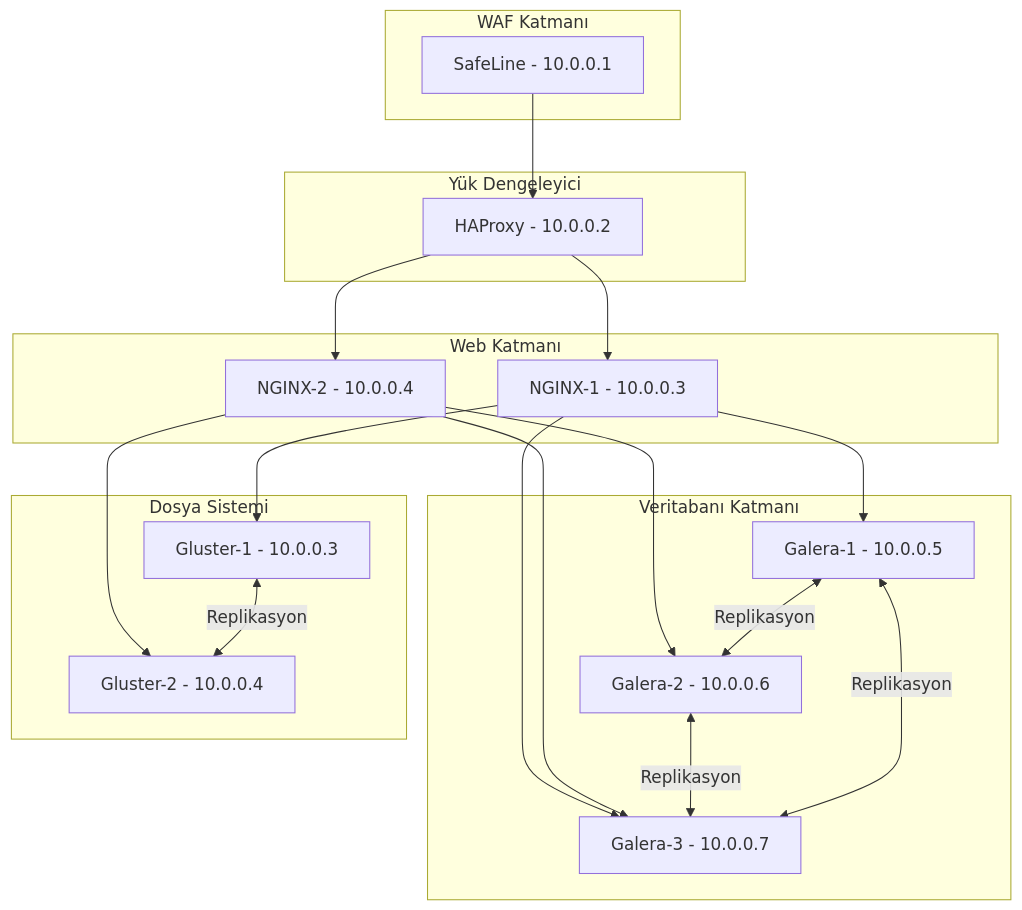
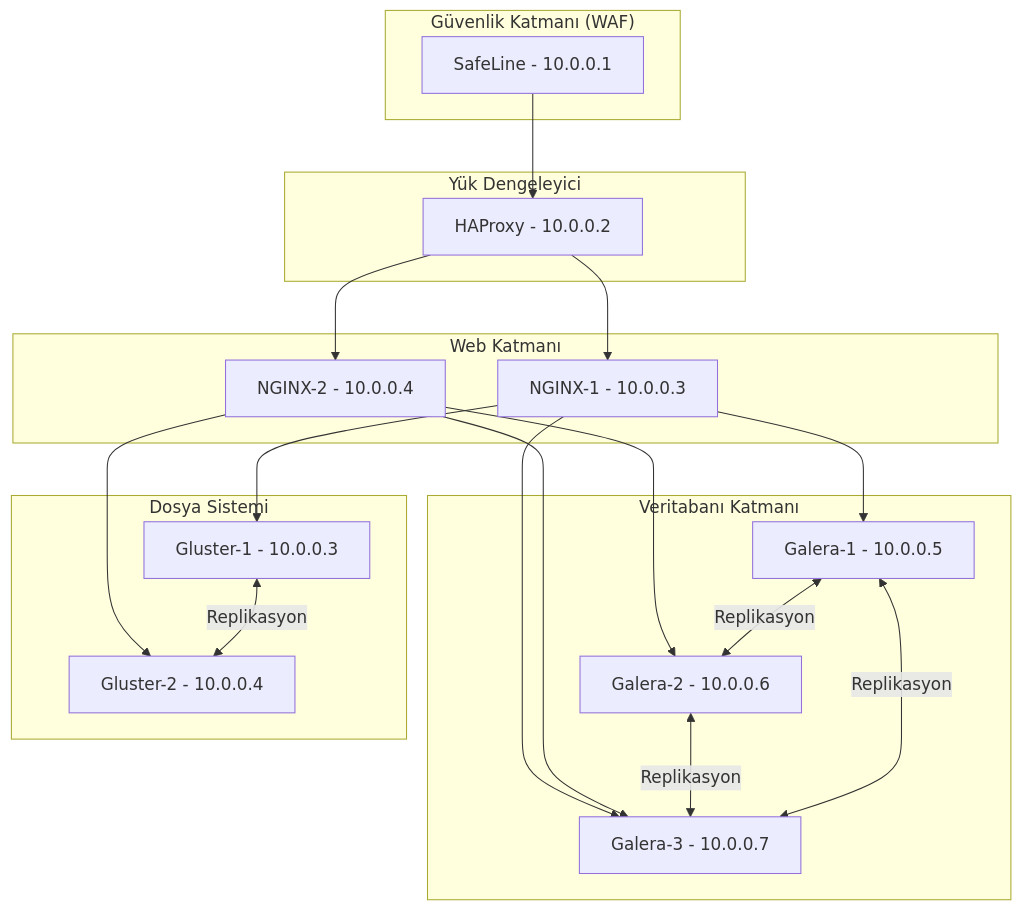
Before and after one commit to ugurcomptech/HA-Web-Architecture: the first of 2 diagrams in README.md, drawn with Mermaid. The commit also changed other lines of this file, not shown here.

````diff
--- a/README.md
+++ b/README.md
@@ -20,51 +16,46 @@
 ```mermaid
 graph TD
+    %% WAF Katmanı
+    subgraph WAF["Güvenlik Katmanı (WAF)"]
+        WAF1["SafeLine - 10.0.0.1"]
+    end
 
-%% WAF Katmanı
-subgraph WAF["WAF Katmanı"]
-    WAF1["SafeLine - 10.0.0.1"]
-end
+    %% HAProxy Katmanı
+    subgraph LB["Yük Dengeleyici"]
+        HAProxy["HAProxy - 10.0.0.2"]
+    end
 
-%% HAProxy Katmanı
-subgraph LB["Yük Dengeleyici"]
-    HAProxy["HAProxy - 10.0.0.2"]
-end
+    %% Web Katmanı
+    subgraph Web["Web Katmanı"]
+        NGINX1["NGINX-1 - 10.0.0.3"]
+        NGINX2["NGINX-2 - 10.0.0.4"]
+    end
 
-%% Web Katmanı
-subgraph Web["Web Katmanı"]
-    NGINX1["NGINX-1 - 10.0.0.3"]
-    NGINX2["NGINX-2 - 10.0.0.4"]
-end
+    %% Veritabanı Katmanı
+    subgraph DB["Veritabanı Katmanı"]
+        Galera1["Galera-1 - 10.0.0.5"]
+        Galera2["Galera-2 - 10.0.0.6"]
+        Galera3["Galera-3 - 10.0.0.7"]
+    end
 
-%% Veritabanı Katmanı
-subgraph DB["Veritabanı Katmanı"]
-    Galera1["Galera-1 - 10.0.0.5"]
-    Galera2["Galera-2 - 10.0.0.6"]
-    Galera3["Galera-3 - 10.0.0.7"]
-end
+    %% Dosya Sistemi Katmanı
+    subgraph FS["Dosya Sistemi"]
+        Gluster1["Gluster-1 - 10.0.0.3"]
+        Gluster2["Gluster-2 - 10.0.0.4"]
+    end
 
-%% Dosya Sistemi Katmanı
-subgraph FS["Dosya Sistemi"]
-    Gluster1["Gluster-1 - 10.0.0.3"]
-    Gluster2["Gluster-2 - 10.0.0.4"]
-end
-
-%% Bağlantılar
-WAF1 --> HAProxy
-HAProxy --> NGINX1
-HAProxy --> NGINX2
-
-NGINX1 --> Galera1
-NGINX1 --> Galera3
-NGINX2 --> Galera2
-NGINX2 --> Galera3
-
-NGINX1 --> Gluster1
-NGINX2 --> Gluster2
-
-Galera1 <-->|Replikasyon| Galera2
-Galera2 <-->|Replikasyon| Galera3
-Galera3 <-->|Replikasyon| Galera1
-
-Gluster1 <-->|Replikasyon| Gluster2
+    %% Bağlantılar
+    WAF1 --> HAProxy
+    HAProxy --> NGINX1
+    HAProxy --> NGINX2
+    NGINX1 --> Galera1
+    NGINX1 --> Galera3
+    NGINX2 --> Galera2
+    NGINX2 --> Galera3
+    NGINX1 --> Gluster1
+    NGINX2 --> Gluster2
+    Galera1 <-->|Replikasyon| Galera2
+    Galera2 <-->|Replikasyon| Galera3
+    Galera3 <-->|Replikasyon| Galera1
+    Gluster1 <-->|Replikasyon| Gluster2
 ```
````
